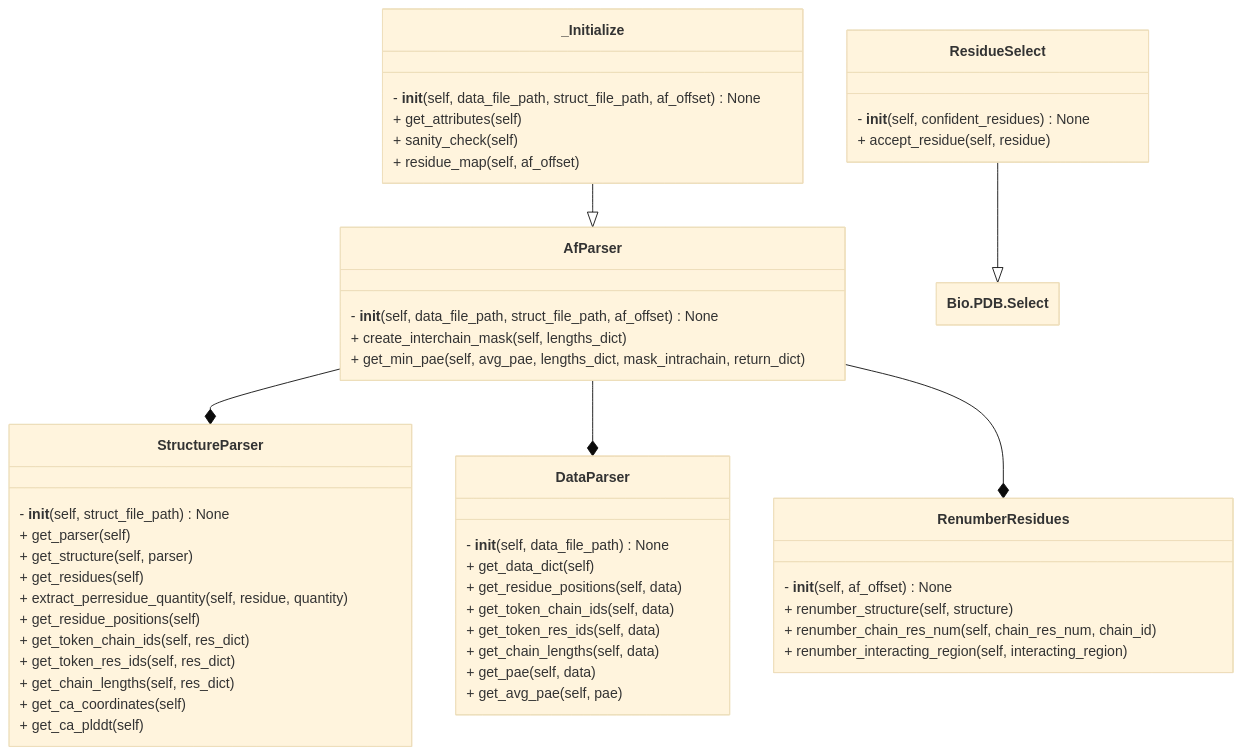
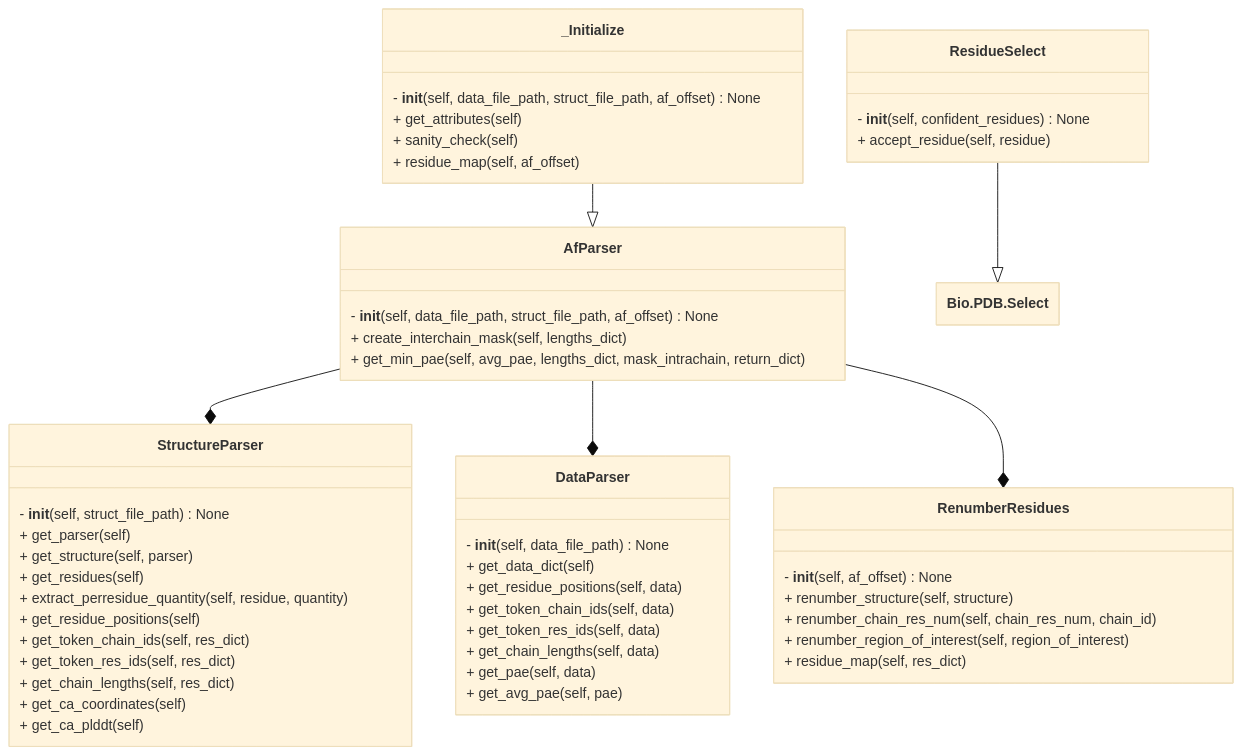
Before and after one commit to isblab/IMP_Toolbox: the first of 3 diagrams in af_pipeline/README.md, drawn with Mermaid (base theme). The commit also changed other lines of this file, not shown here.

Commit message:
updated sequence diagrams in readme

````diff
--- a/af_pipeline/README.md
+++ b/af_pipeline/README.md
@@ -102,64 +102,65 @@
 ```mermaid
 ---
 config:
     class:
         hideEmptyMembersBox: true
 ---
 classDiagram
     class ResidueSelect {
         - __init__(self, confident_residues) None
         + accept_residue(self, residue)
     }
 
     class AfParser {
         - __init__(self, data_file_path, struct_file_path, af_offset) None
         + create_interchain_mask(self, lengths_dict)
         + get_min_pae(self, avg_pae, lengths_dict, mask_intrachain, return_dict)
     }
 
     class DataParser {
         - __init__(self, data_file_path) None
         + get_data_dict(self)
         + get_residue_positions(self, data)
         + get_token_chain_ids(self, data)
         + get_token_res_ids(self, data)
         + get_chain_lengths(self, data)
         + get_pae(self, data)
         + get_avg_pae(self, pae)
     }
 
     class StructureParser {
         - __init__(self, struct_file_path) None
         + get_parser(self)
         + get_structure(self, parser)
         + get_residues(self)
         + extract_perresidue_quantity(self, residue, quantity)
         + get_residue_positions(self)
         + get_token_chain_ids(self, res_dict)
         + get_token_res_ids(self, res_dict)
         + get_chain_lengths(self, res_dict)
         + get_ca_coordinates(self)
         + get_ca_plddt(self)
     }
 
     class RenumberResidues {
         - __init__(self, af_offset) None
         + renumber_structure(self, structure)
         + renumber_chain_res_num(self, chain_res_num, chain_id)
-        + renumber_interacting_region(self, interacting_region)
+        + renumber_region_of_interest(self, region_of_interest)
+        + residue_map(self, res_dict)
     }
 
     ResidueSelect --|> `Bio.PDB.Select`
 
     class _Initialize {
         - __init__(self, data_file_path, struct_file_path, af_offset) None
         + get_attributes(self)
         + sanity_check(self)
         + residue_map(self, af_offset)
     }
 
     _Initialize --|> `AfParser`
     `AfParser` --* `StructureParser`
     `AfParser` --* `DataParser`
     `AfParser` --* `RenumberResidues`
 ```
````
